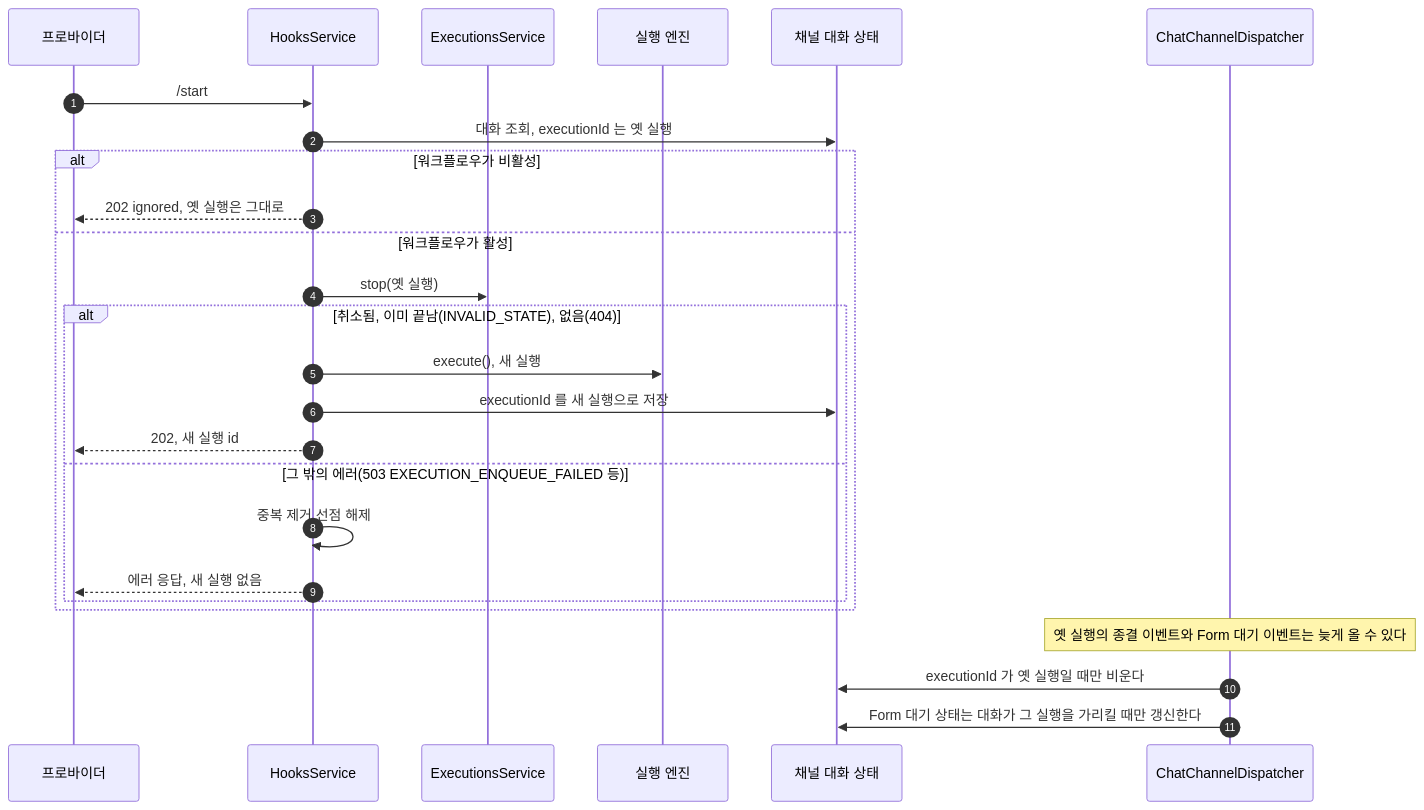
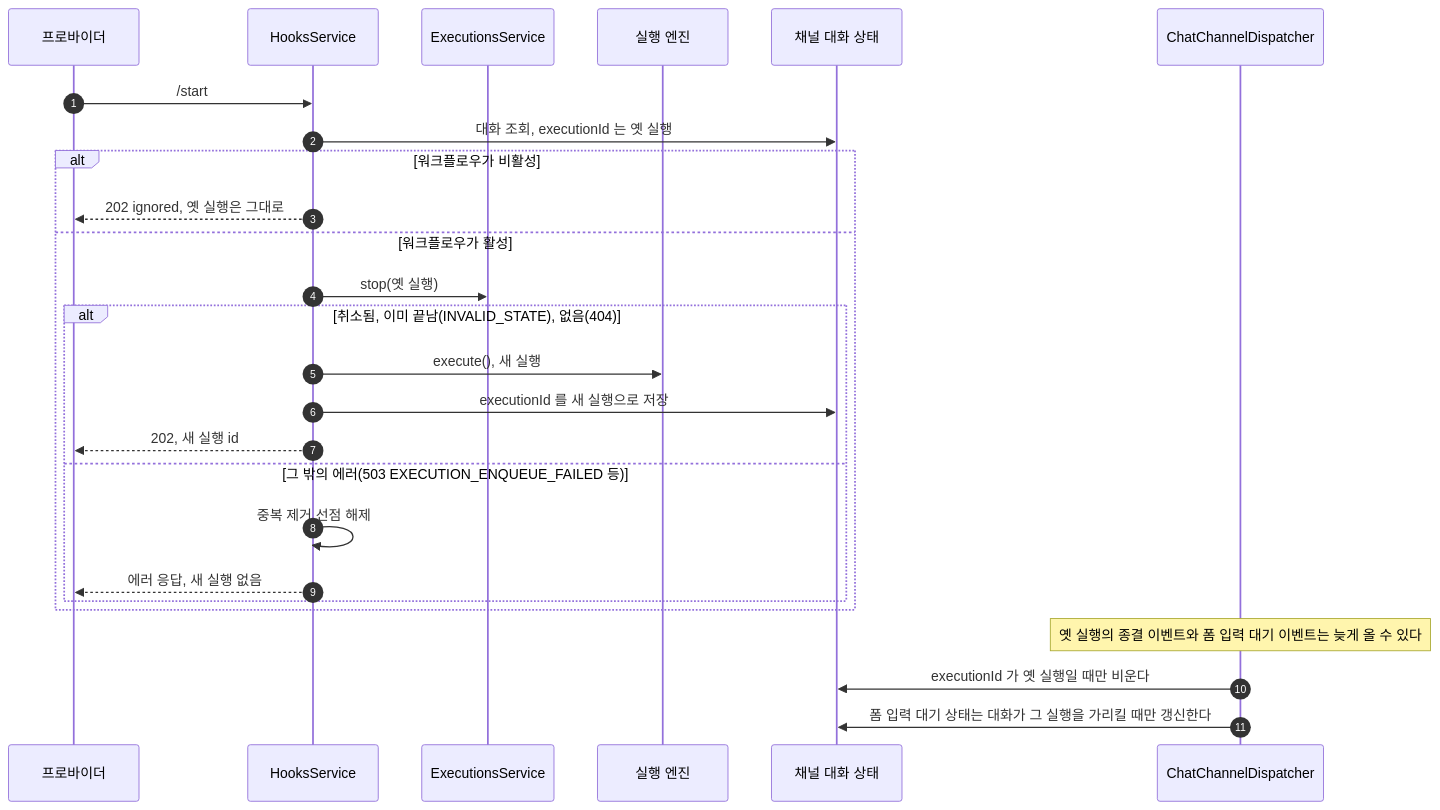
One commit to worker-ants/clemvion changed the third of 3 diagrams in spec/CLE-CHAT/CLE-CHAT-CORE.md. Above: the diagram before and after it, drawn with Mermaid. The commit also changed other lines of this file and 8 other files, not shown here.

````diff
--- a/spec/CLE-CHAT/CLE-CHAT-CORE.md
+++ b/spec/CLE-CHAT/CLE-CHAT-CORE.md
@@ -262,28 +268,28 @@
 ```mermaid
 sequenceDiagram
   autonumber
   participant P as 프로바이더
   participant H as HooksService
   participant X as ExecutionsService
   participant E as 실행 엔진
   participant C as 채널 대화 상태
   participant D as ChatChannelDispatcher
   P->>H: /start
   H->>C: 대화 조회, executionId 는 옛 실행
   alt 워크플로우가 비활성
     H-->>P: 202 ignored, 옛 실행은 그대로
   else 워크플로우가 활성
     H->>X: stop(옛 실행)
     alt 취소됨, 이미 끝남(INVALID_STATE), 없음(404)
       H->>E: execute(), 새 실행
       H->>C: executionId 를 새 실행으로 저장
       H-->>P: 202, 새 실행 id
     else 그 밖의 에러(503 EXECUTION_ENQUEUE_FAILED 등)
       H->>H: 중복 제거 선점 해제
       H-->>P: 에러 응답, 새 실행 없음
     end
   end
-  Note over D: 옛 실행의 종결 이벤트와 Form 대기 이벤트는 늦게 올 수 있다
+  Note over D: 옛 실행의 종결 이벤트와 폼 입력 대기 이벤트는 늦게 올 수 있다
   D->>C: executionId 가 옛 실행일 때만 비운다
-  D->>C: Form 대기 상태는 대화가 그 실행을 가리킬 때만 갱신한다
+  D->>C: 폼 입력 대기 상태는 대화가 그 실행을 가리킬 때만 갱신한다
 ```
````
